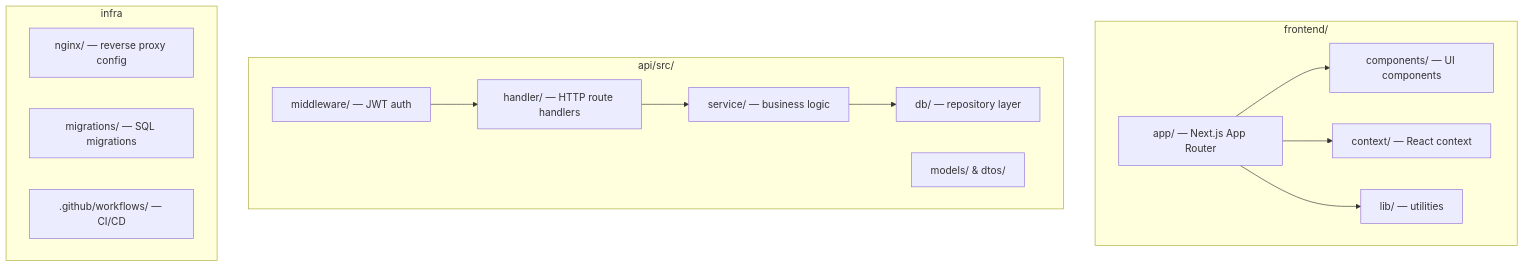
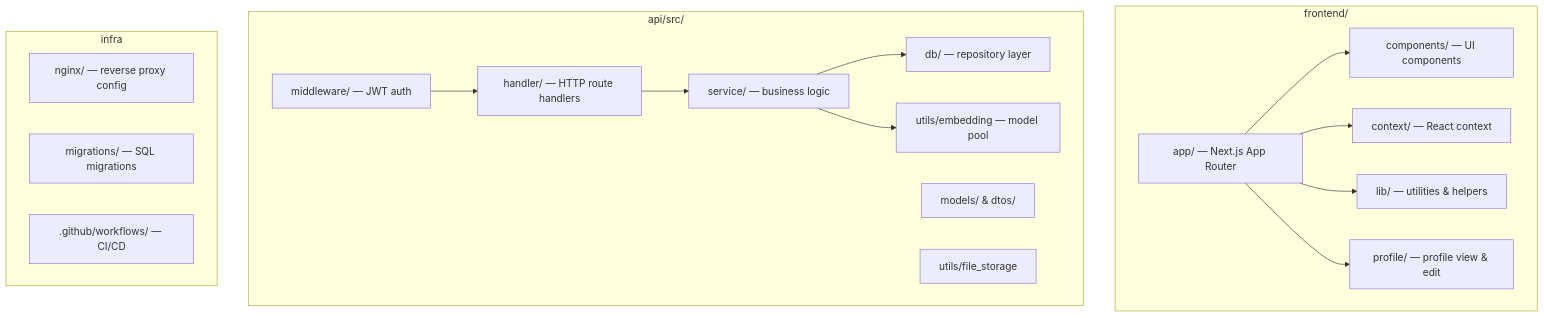
One commit to Kroplewski-M/student_showcase changed the fourth of 6 diagrams in README.md. Above: the diagram before and after it, drawn with Mermaid. The commit also changed other lines of this file, not shown here.

````diff
--- a/README.md
+++ b/README.md
@@ -126,28 +159,34 @@
 ```mermaid
 graph TD
     subgraph frontend["frontend/"]
         F1["app/ — Next.js App Router"]
         F2["components/ — UI components"]
         F3["context/ — React context"]
-        F4["lib/ — utilities"]
+        F4["lib/ — utilities & helpers"]
+        F5["profile/ — profile view & edit"]
         F1 --> F2
         F1 --> F3
         F1 --> F4
+        F1 --> F5
     end
 
     subgraph api["api/src/"]
         A1["handler/ — HTTP route handlers"]
         A2["service/ — business logic"]
         A3["db/ — repository layer"]
         A4["middleware/ — JWT auth"]
         A5["models/ & dtos/"]
-        A1 --> A2 --> A3
+        A6["utils/embedding — model pool"]
+        A7["utils/file_storage"]
+        A1 --> A2
+        A2 --> A3
+        A2 --> A6
         A4 --> A1
     end
 
     subgraph infra["infra"]
         I1["nginx/ — reverse proxy config"]
         I2["migrations/ — SQL migrations"]
         I3[".github/workflows/ — CI/CD"]
     end
 ```
````
